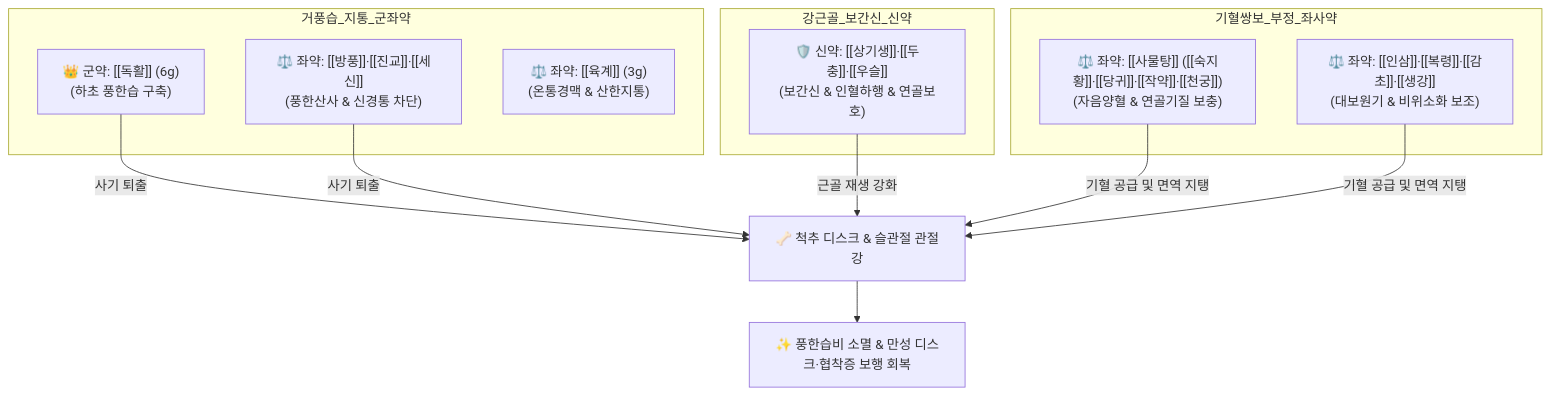
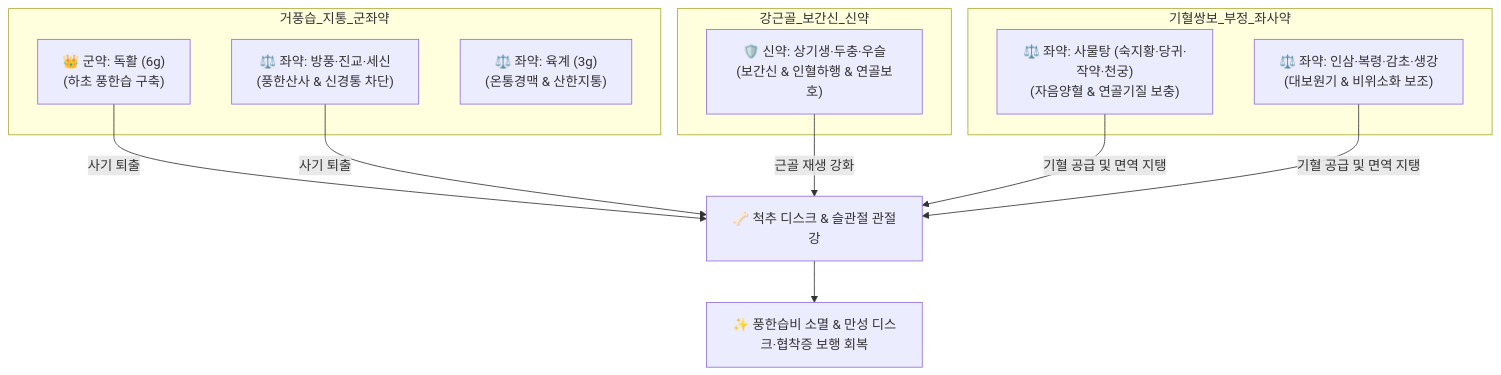
Before and after one commit to simbio11/simbio-digital-garden2: the diagram in content/2. 약리 공부/처방/02_보익제/독활기생탕.md, drawn with Mermaid. The commit also changed other lines of this file and 323 other files, not shown here.

````diff
--- a/content/2. 약리 공부/처방/02_보익제/독활기생탕.md
+++ b/content/2. 약리 공부/처방/02_보익제/독활기생탕.md
@@ -56,19 +58,19 @@
 ```mermaid
 graph TD
     subgraph 거풍습_지통_군좌약
-        DH["👑 군약: [[독활]] (6g)<br>(하초 풍한습 구축)"]
-        BP_JG_SS["⚖️ 좌약: [[방풍]]·[[진교]]·[[세신]]<br>(풍한산사 & 신경통 차단)"]
-        YK["⚖️ 좌약: [[육계]] (3g)<br>(온통경맥 & 산한지통)"]
+        DH["👑 군약: 독활 (6g)<br>(하초 풍한습 구축)"]
+        BP_JG_SS["⚖️ 좌약: 방풍·진교·세신<br>(풍한산사 & 신경통 차단)"]
+        YK["⚖️ 좌약: 육계 (3g)<br>(온통경맥 & 산한지통)"]
     end
     subgraph 강근골_보간신_신약
-        SGS_DC_WS["🛡️ 신약: [[상기생]]·[[두충]]·[[우슬]]<br>(보간신 & 인혈하행 & 연골보호)"]
+        SGS_DC_WS["🛡️ 신약: 상기생·두충·우슬<br>(보간신 & 인혈하행 & 연골보호)"]
     end
     subgraph 기혈쌍보_부정_좌사약
-        SMT["⚖️ 좌약: [[사물탕]] ([[숙지황]]·[[당귀]]·[[작약]]·[[천궁]])<br>(자음양혈 & 연골기질 보충)"]
-        SGZ["⚖️ 좌약: [[인삼]]·[[복령]]·[[감초]]·[[생강]]<br>(대보원기 & 비위소화 보조)"]
+        SMT["⚖️ 좌약: 사물탕 (숙지황·당귀·작약·천궁)<br>(자음양혈 & 연골기질 보충)"]
+        SGZ["⚖️ 좌약: 인삼·복령·감초·생강<br>(대보원기 & 비위소화 보조)"]
     end
     DH & BP_JG_SS -->|사기 퇴출| Spine["🦴 척추 디스크 & 슬관절 관절강"]
     SGS_DC_WS -->|근골 재생 강화| Spine
     SMT & SGZ -->|기혈 공급 및 면역 지탱| Spine
     Spine --> Outcome["✨ 풍한습비 소멸 & 만성 디스크·협착증 보행 회복"]
 ```
````
